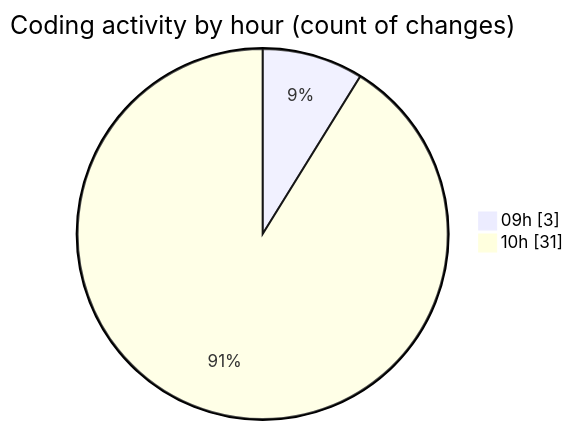
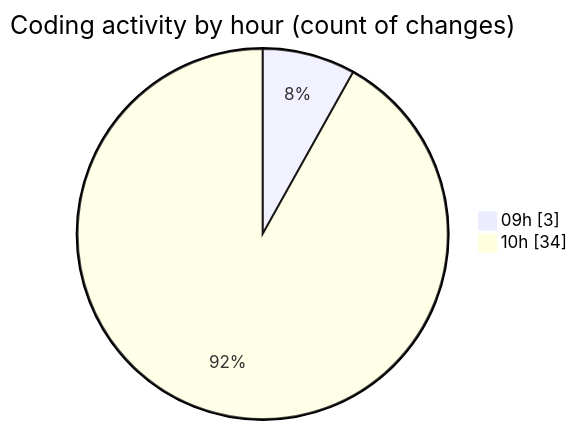
Before and after one commit to momahboobian/code-tracking: the second of 2 diagrams in 2026-02-17/cda/README.md, drawn with Mermaid. The commit also changed other lines of this file and 1 other file, not shown here.

````diff
--- a/2026-02-17/cda/README.md
+++ b/2026-02-17/cda/README.md
@@ -38,6 +39,6 @@
 ```mermaid
 pie showData
 title Coding activity by hour (count of changes)
 "09h" : 3
-"10h" : 31
+"10h" : 34
 ```
````
